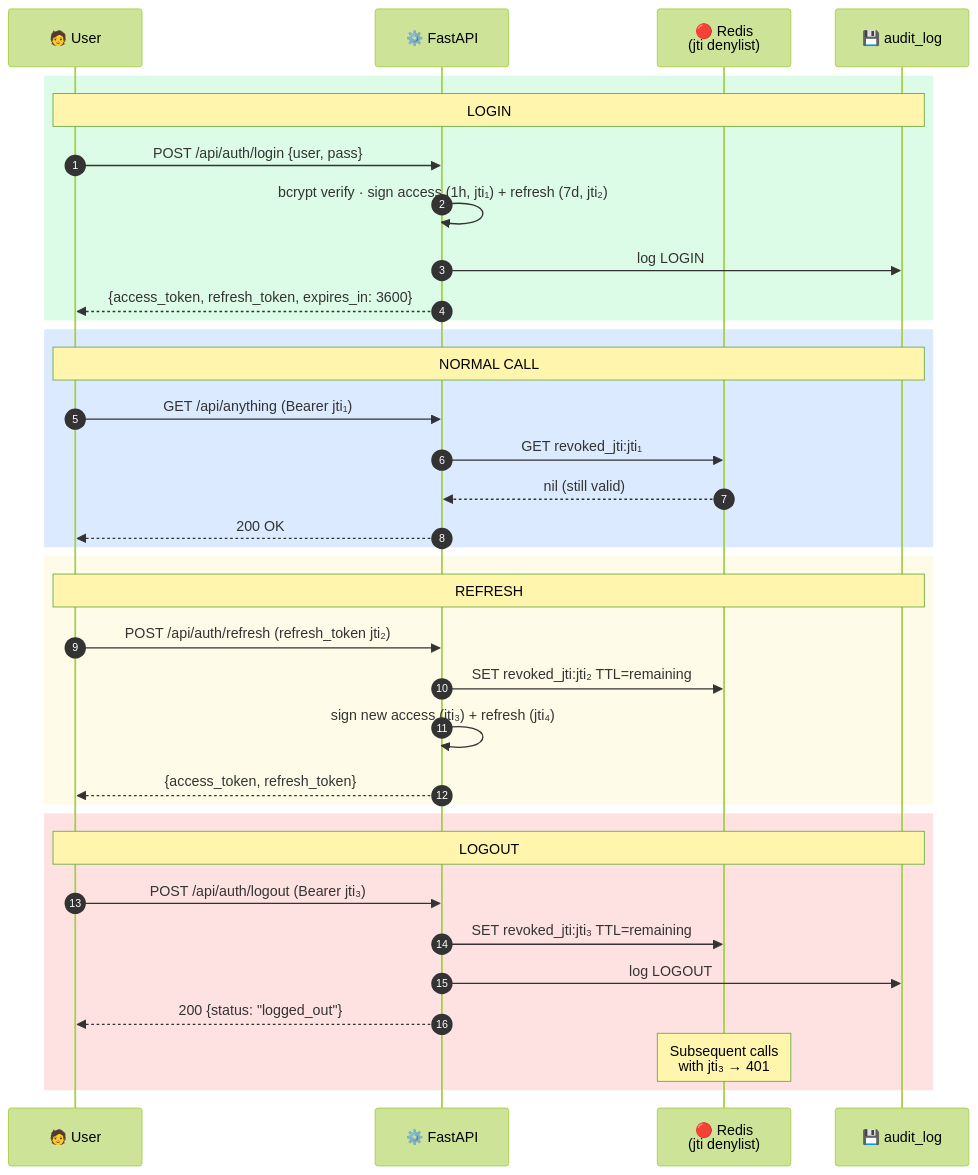
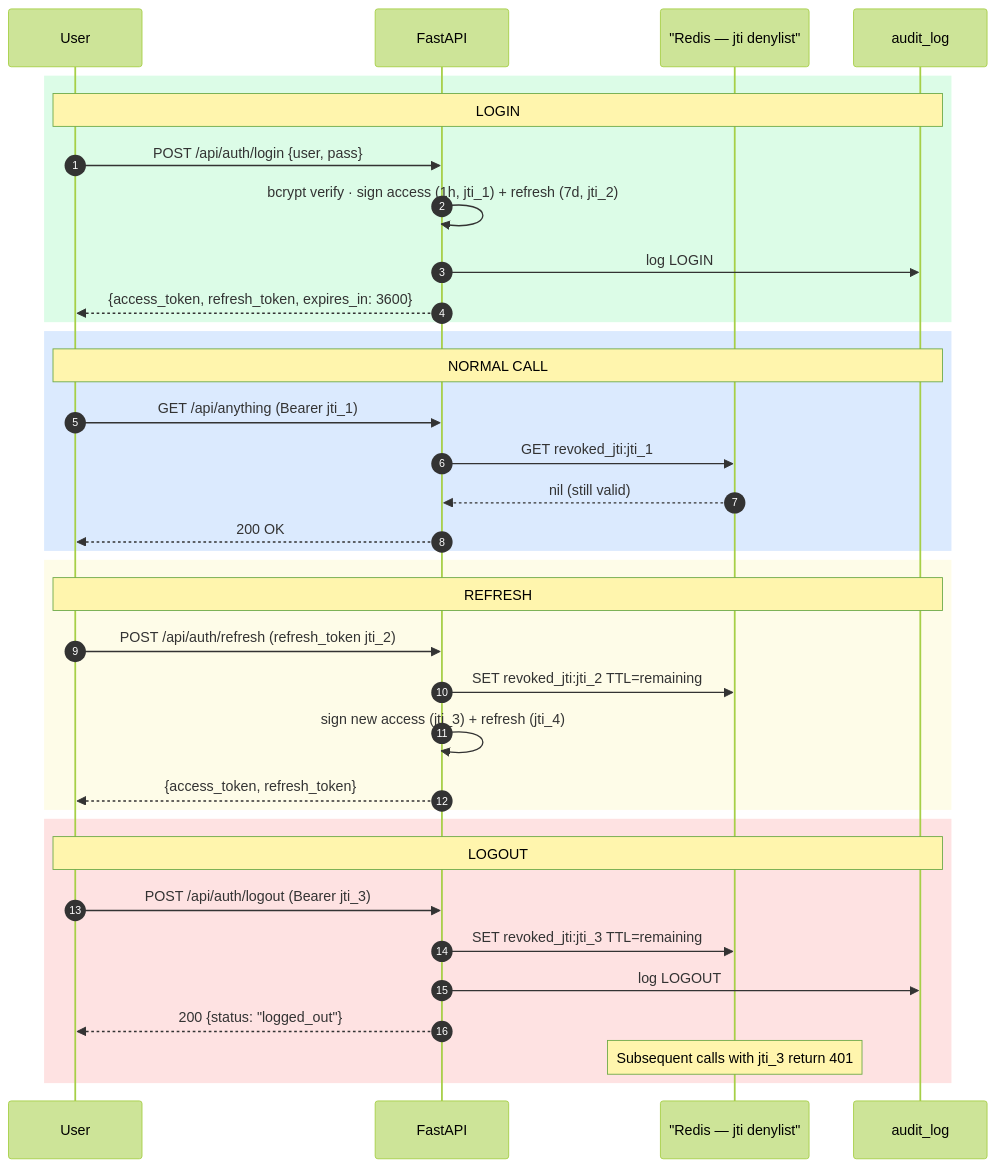
The fifth of 19 diagrams in README.md (omarbabba779xx/CyberTwin-SOC), drawn with Mermaid (forest theme) before and after one commit. The commit also changed other lines of this file, not shown here.

First line of the commit message:
docs(readme): fix Mermaid diagrams for GitHub rendering

````diff
--- a/README.md
+++ b/README.md
@@ -389,41 +391,41 @@
 ```mermaid
 sequenceDiagram
     autonumber
-    participant U as 🧑 User
-    participant API as ⚙️ FastAPI
-    participant CACHE as 🔴 Redis<br/>(jti denylist)
-    participant DB as 💾 audit_log
+    participant U as User
+    participant API as FastAPI
+    participant CACHE as "Redis — jti denylist"
+    participant DB as audit_log
 
     rect rgb(220, 252, 231)
     Note over U,DB: LOGIN
     U->>API: POST /api/auth/login {user, pass}
-    API->>API: bcrypt verify · sign access (1h, jti₁) + refresh (7d, jti₂)
+    API->>API: bcrypt verify · sign access (1h, jti_1) + refresh (7d, jti_2)
     API->>DB: log LOGIN
     API-->>U: {access_token, refresh_token, expires_in: 3600}
     end
 
     rect rgb(219, 234, 254)
     Note over U,DB: NORMAL CALL
-    U->>API: GET /api/anything (Bearer jti₁)
-    API->>CACHE: GET revoked_jti:jti₁
+    U->>API: GET /api/anything (Bearer jti_1)
+    API->>CACHE: GET revoked_jti:jti_1
     CACHE-->>API: nil (still valid)
     API-->>U: 200 OK
     end
 
     rect rgb(254, 252, 232)
     Note over U,DB: REFRESH
-    U->>API: POST /api/auth/refresh (refresh_token jti₂)
-    API->>CACHE: SET revoked_jti:jti₂ TTL=remaining
-    API->>API: sign new access (jti₃) + refresh (jti₄)
+    U->>API: POST /api/auth/refresh (refresh_token jti_2)
+    API->>CACHE: SET revoked_jti:jti_2 TTL=remaining
+    API->>API: sign new access (jti_3) + refresh (jti_4)
     API-->>U: {access_token, refresh_token}
     end
 
     rect rgb(254, 226, 226)
     Note over U,DB: LOGOUT
-    U->>API: POST /api/auth/logout (Bearer jti₃)
-    API->>CACHE: SET revoked_jti:jti₃ TTL=remaining
+    U->>API: POST /api/auth/logout (Bearer jti_3)
+    API->>CACHE: SET revoked_jti:jti_3 TTL=remaining
     API->>DB: log LOGOUT
     API-->>U: 200 {status: "logged_out"}
-    Note over CACHE: Subsequent calls<br/>with jti₃ → 401
+    Note over CACHE: Subsequent calls with jti_3 return 401
     end
 ```
````
